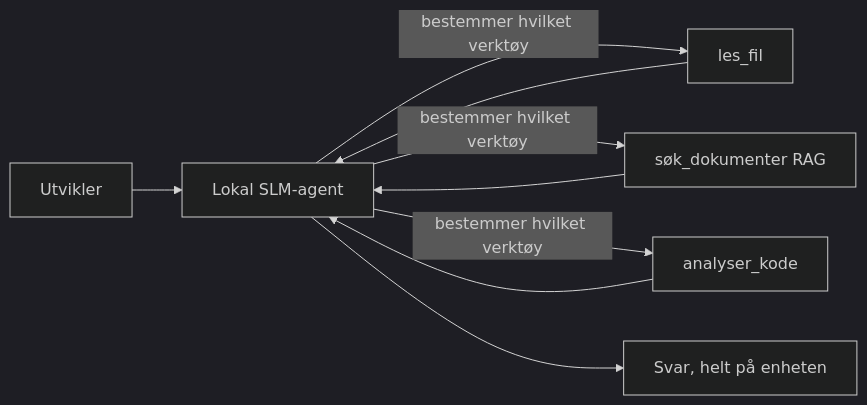
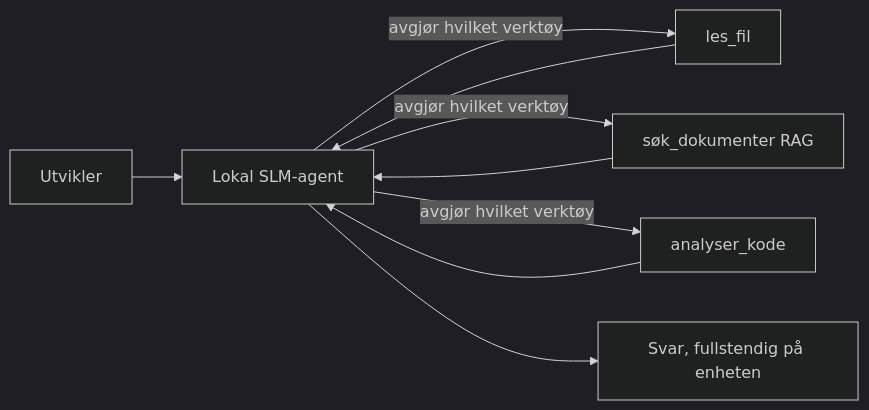
Before and after one commit to gabrielmoreira/agent-skills-mirror: the first of 4 diagrams in mirrors/repos/microsoft@ai-agents-for-beginners/translations/no/17-creating-local-ai-agents/README.md, drawn with Mermaid (dark theme). The commit also changed other lines of this file and 4262 other files, not shown here.

````diff
--- a/mirrors/repos/microsoft@ai-agents-for-beginners/translations/no/17-creating-local-ai-agents/README.md
+++ b/mirrors/repos/microsoft@ai-agents-for-beginners/translations/no/17-creating-local-ai-agents/README.md
@@ -66,11 +66,11 @@
 ```mermaid
 flowchart LR
     U[Utvikler] --> A[Lokal SLM-agent]
-    A -->|bestemmer hvilket verktøy| T1[les_fil]
-    A -->|bestemmer hvilket verktøy| T2[søk_dokumenter RAG]
-    A -->|bestemmer hvilket verktøy| T3[analyser_kode]
+    A -->|avgjør hvilket verktøy| T1[les_fil]
+    A -->|avgjør hvilket verktøy| T2[søk_dokumenter RAG]
+    A -->|avgjør hvilket verktøy| T3[analyser_kode]
     T1 --> A
     T2 --> A
     T3 --> A
-    A --> R[Svar, helt på enheten]
+    A --> R[Svar, fullstendig på enheten]
 ```
````
